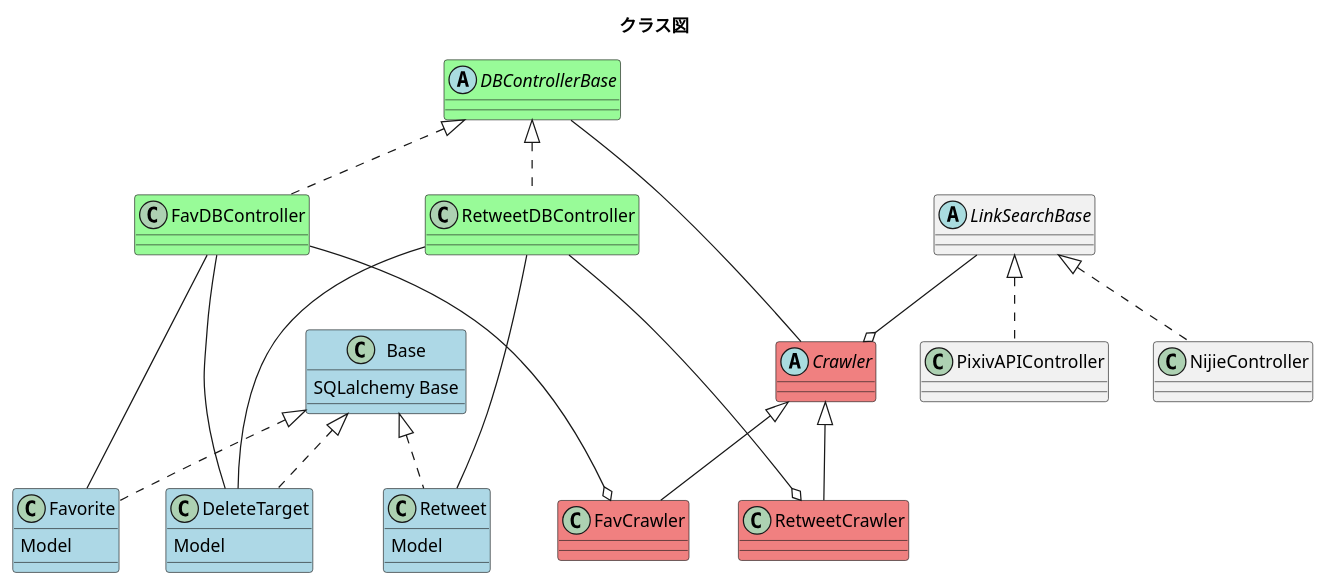
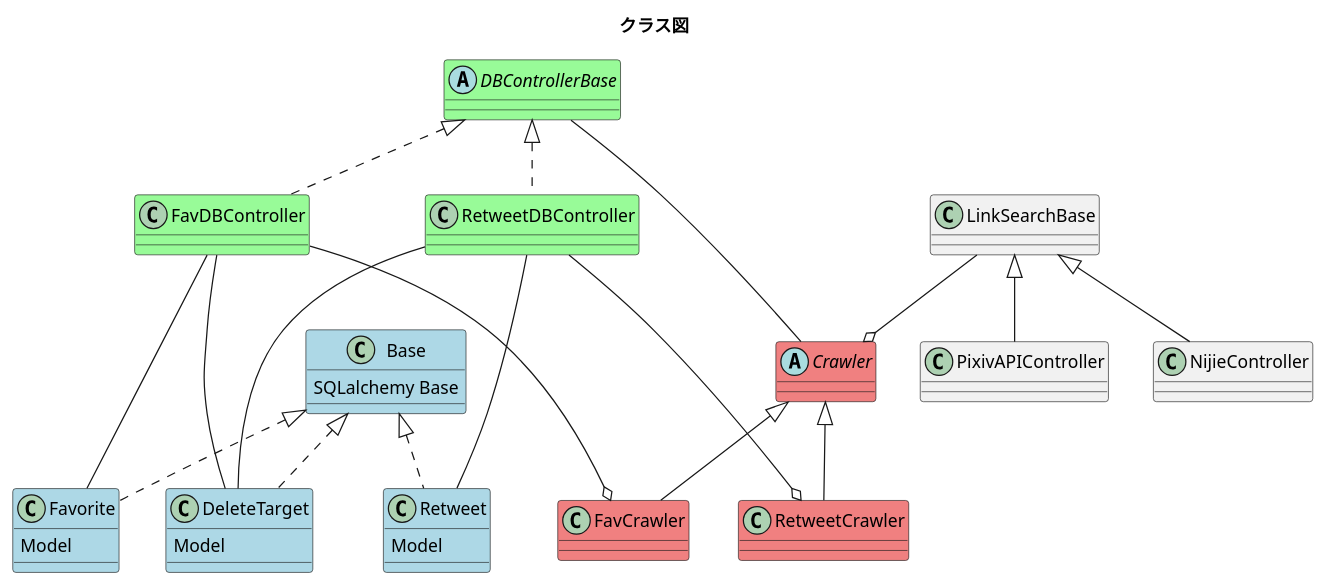
The diagram in uml/to_be.pu (shift4869/media-gathering), drawn with PlantUML before and after one commit. The commit also changed 4 other files, not shown here.

```diff
--- a/uml/to_be.pu
+++ b/uml/to_be.pu
@@ -1,67 +1,67 @@
 @startuml
 title クラス図
 
 ' クローラークラス
 abstract class Crawler #LightCoral
 class FavCrawler #LightCoral
 class RetweetCrawler #LightCoral
 
 ' DBクラス
 abstract class DBControllerBase #PaleGreen
 class FavDBController #PaleGreen
 class RetweetDBController #PaleGreen
 
 ' SQLalchemy関連クラス
 class Base #LightBlue{
     SQLalchemy Base
 }
 class Favorite #LightBlue{
     Model
 }
 class Retweet #LightBlue{
     Model
 }
 class DeleteTarget #LightBlue{
     Model
 }
 
 ' 外部リンク探索ベース
-abstract class LinkSearchBase
+class LinkSearchBase
 ' pixivクラス
 class PixivAPIController
 ' nijieクラス
 class NijieController
 
 ' 関連追加
 ' FavCrawlerとRetweetCrawlerはCrawlerから派生する(is a)
 Crawler <|-- FavCrawler
 Crawler <|-- RetweetCrawler
 
 ' CrawlerはLinkSearchBaseを保持する(has a)
 DBControllerBase --- Crawler
 LinkSearchBase --o Crawler
 
 ' FavDBControllerとRetweetDBControllerはDBControllerBaseから派生する(is a)
 DBControllerBase <|.. FavDBController
 DBControllerBase <|.. RetweetDBController
 
 ' FavCrawlerとRetweetCrawlerはそれぞれDBControllerを保持する(has a)
 FavDBController --o FavCrawler
 RetweetDBController --o RetweetCrawler
 
 ' SQLalchemy関連
 Base <|.. Favorite
 Base <|.. Retweet
 Base <|.. DeleteTarget
 
 ' SQLalchemy関連はそれぞれのDBControllerから呼び出される
 FavDBController --- Favorite
 FavDBController --- DeleteTarget
 RetweetDBController --- Retweet
 RetweetDBController --- DeleteTarget
 
-LinkSearchBase <|.. PixivAPIController
-LinkSearchBase <|.. NijieController
+LinkSearchBase <|-- PixivAPIController
+LinkSearchBase <|-- NijieController
 'DBControllerBase *-- Crawler
 
 @enduml
```
